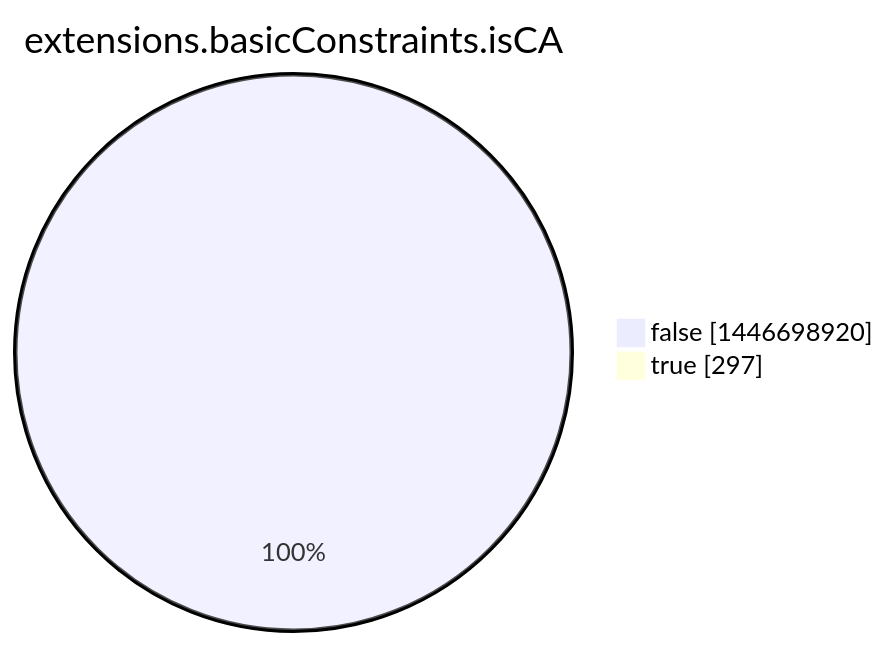
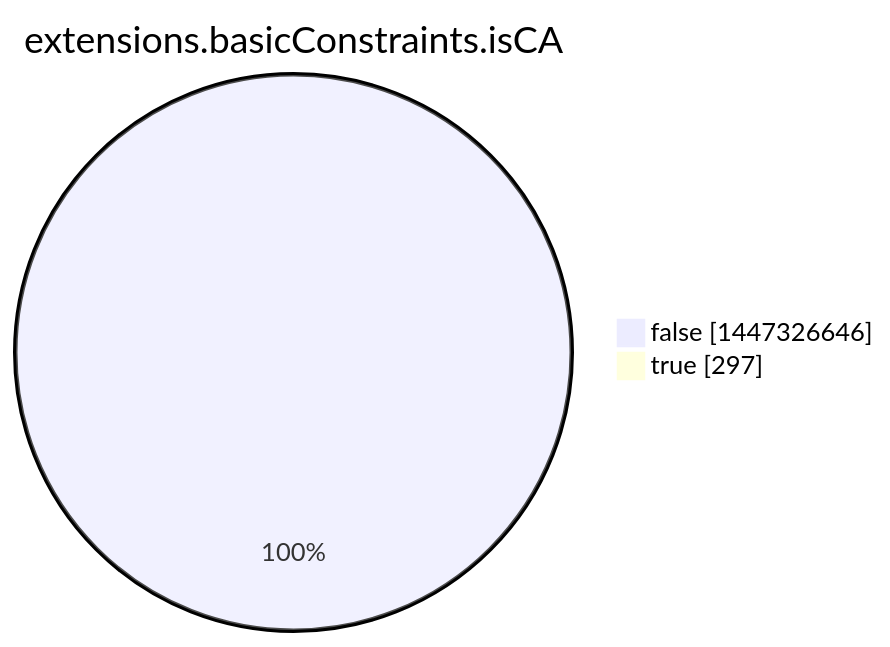
The eighth of 15 diagrams in argon2022/README.md (christiankrug/ctmonitor_visualization), drawn with Mermaid before and after one commit. The commit also changed other lines of this file, not shown here.

````diff
--- a/argon2022/README.md
+++ b/argon2022/README.md
@@ -2760,6 +2760,6 @@
 ```mermaid
 pie showData
 title extensions.basicConstraints.isCA
-"false" :1446698920
+"false" :1447326646
 "true" :297
 ```
````
